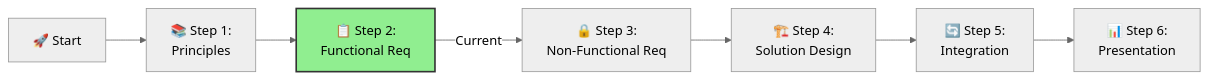
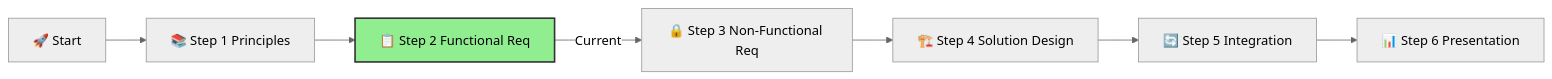
Before and after one commit to briandenicola/xlr8-e2eaisolutions: the diagram in docs/02-agent/ifs-agent-step2-functional-requirements.md, drawn with Mermaid (neutral theme). The commit also changed other lines of this file and 17 other files, not shown here.

````diff
--- a/docs/02-agent/ifs-agent-step2-functional-requirements.md
+++ b/docs/02-agent/ifs-agent-step2-functional-requirements.md
@@ -21,10 +25,10 @@
 ```mermaid
 flowchart LR
-    A[🚀 Start] --> B[📚 Step 1:\nPrinciples]
-    B --> C[📋 Step 2:\nFunctional Req]
-    C -->|Current| D[🔒 Step 3:\nNon-Functional Req]
-    D --> E[🏗️ Step 4:\nSolution Design]
-    E --> F[🔄 Step 5:\nIntegration]
-    F --> G[📊 Step 6:\nPresentation]
+    A[🚀 Start] --> B[📚 Step 1 Principles]
+    B --> C[📋 Step 2 Functional Req]
+    C -->|Current| D[🔒 Step 3 Non-Functional Req]
+    D --> E[🏗️ Step 4 Solution Design]
+    E --> F[🔄 Step 5 Integration]
+    F --> G[📊 Step 6 Presentation]
     style C fill:#90EE90,stroke:#333,stroke-width:2px
 ```
````
